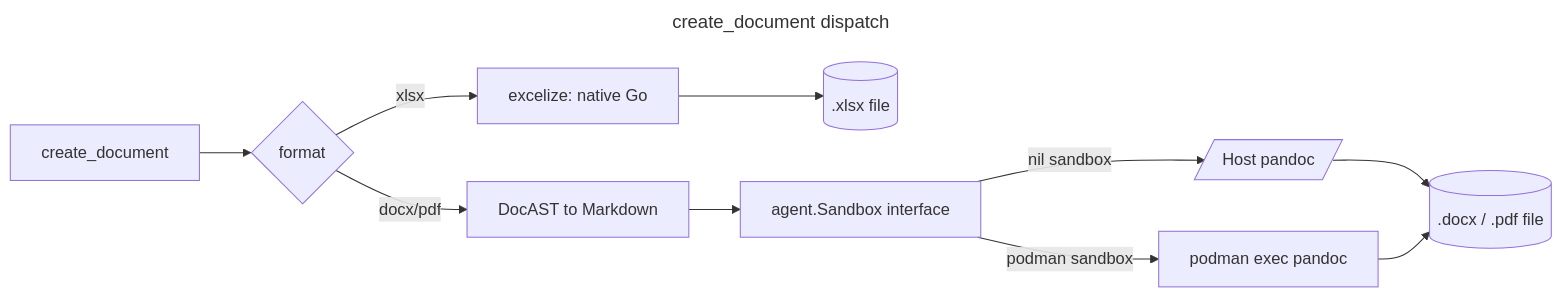
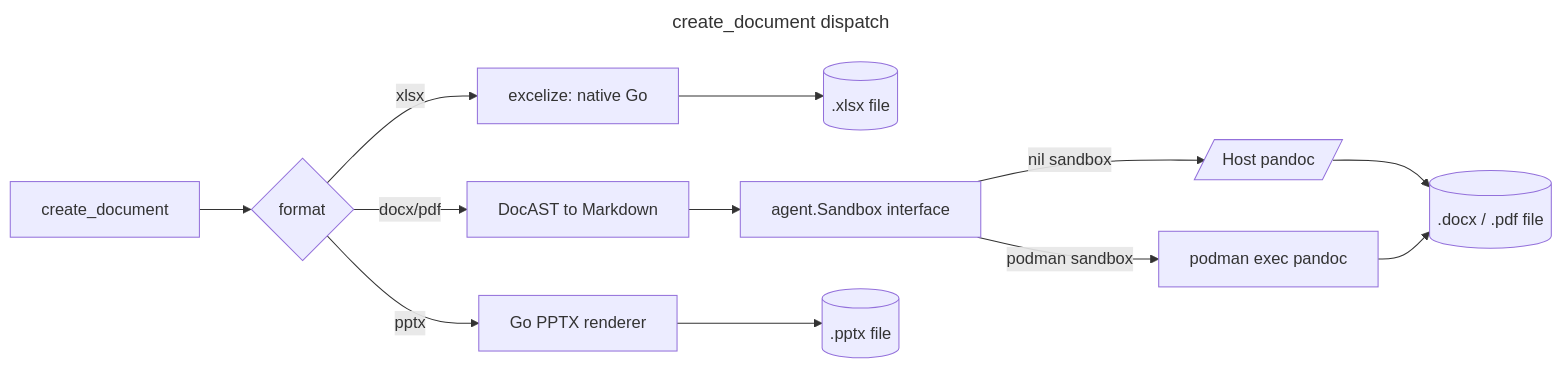
The diagram in docs/document-generation.md (yottadynamics/yottacode), drawn with Mermaid before and after one commit. The commit also changed other lines of this file and 34 other files, not shown here.

````diff
--- a/docs/document-generation.md
+++ b/docs/document-generation.md
@@ -18,16 +21,18 @@
 ```mermaid
 ---
 title: create_document dispatch
 ---
 flowchart LR
     %% Author: YottaDynamics | Scope: create_document format dispatch
     Tool[create_document] --> Format{format}
     Format -- xlsx --> Excelize[excelize: native Go]
     Excelize --> XLSXFile[(.xlsx file)]
     Format -- docx/pdf --> MD[DocAST to Markdown]
+    Format -- pptx --> GoPPTX[Go PPTX renderer]
     MD --> Seam[agent.Sandbox interface]
-    Seam -- nil sandbox --> HostPandoc[/Host pandoc/]
-    Seam -- podman sandbox --> ContainerPandoc[podman exec pandoc]
-    HostPandoc --> OutFile[(.docx / .pdf file)]
-    ContainerPandoc --> OutFile
+    Seam -- nil sandbox --> HostCmd[/Host pandoc/]
+    Seam -- podman sandbox --> ContainerCmd[podman exec pandoc]
+    HostCmd --> OutFile[(.docx / .pdf file)]
+    ContainerCmd --> OutFile
+    GoPPTX --> PPTXFile[(.pptx file)]
 ```
````
